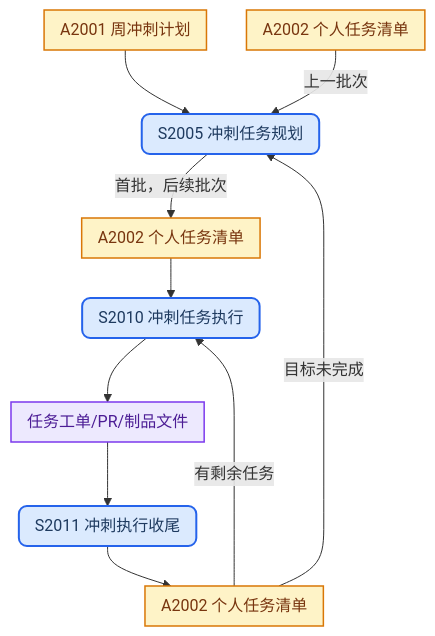
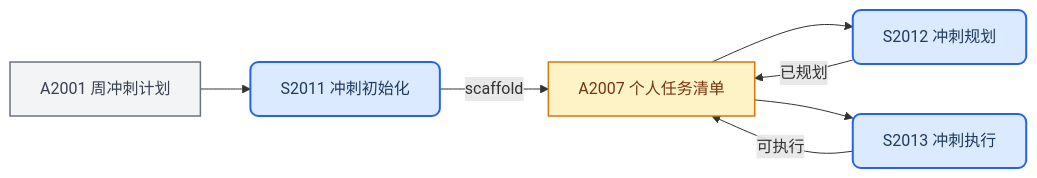
One commit to it188-networkx/crm-product changed the diagram in sprints/AGENTS.md. Above: the diagram before and after it, drawn with Mermaid. The commit also changed other lines of this file and 22 other files, not shown here.

````diff
--- a/sprints/AGENTS.md
+++ b/sprints/AGENTS.md
@@ -16,26 +18,17 @@
 ```mermaid
-%%{init: {'flowchart': {'padding': 8, 'nodeSpacing': 40, 'rankSpacing': 40}} }%%
-graph TD
+graph LR
     classDef sop fill:#DBEAFE,stroke:#2563EB,stroke-width:2px,color:#1E3A5F,rx:8,ry:8
     classDef art fill:#FEF3C7,stroke:#D97706,stroke-width:1.5px,color:#78350F
-    classDef ext fill:#EDE9FE,stroke:#7C3AED,stroke-width:1.5px,color:#4C1D95
+    classDef ref fill:#F3F4F6,stroke:#6B7280,stroke-width:1.5px,color:#374151
+    classDef wf fill:#D1FAE5,stroke:#059669,stroke-width:1.5px,color:#064E3B
 
-    A2001["A2001 周冲刺计划"]:::art
-    A2002_prev["A2002 个人任务清单"]:::art
-    S2005["S2005 冲刺任务规划"]:::sop
-    A2002["A2002 个人任务清单"]:::art
-    S2010["S2010 冲刺任务执行"]:::sop
-    Artifact["任务工单/PR/制品文件"]:::ext
-    S2011["S2011 冲刺执行收尾"]:::sop
-    A2002_updated["A2002 个人任务清单"]:::art
+    A2001["A2001 周冲刺计划"]:::ref
+    S2011["S2011 冲刺初始化"]:::sop
+    A2007["A2007 个人任务清单"]:::art
+    S2012["S2012 冲刺规划"]:::sop
+    S2013["S2013 冲刺执行"]:::sop
 
-    A2001 --> S2005
-    A2002_prev -->|上一批次| S2005
-    S2005 -->|首批，后续批次| A2002
-    A2002 --> S2010
-    S2010 --> Artifact
-    Artifact --> S2011
-    S2011 --> A2002_updated
-    A2002_updated -->|有剩余任务| S2010
-    A2002_updated -->|目标未完成| S2005
+    A2001 --> S2011 -->|scaffold| A2007
+    A2007 --> S2012 -->|已规划| A2007
+    A2007 --> S2013 -->|可执行| A2007
 ```
````
